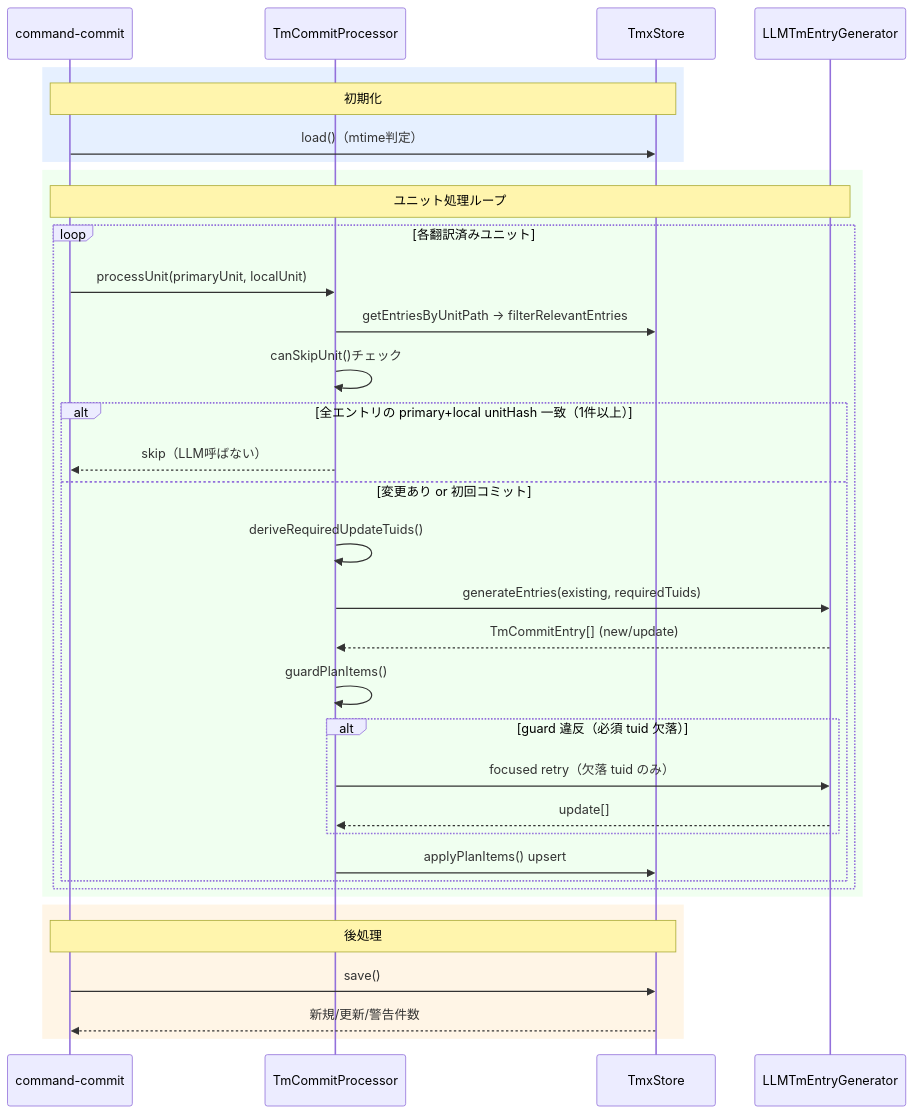
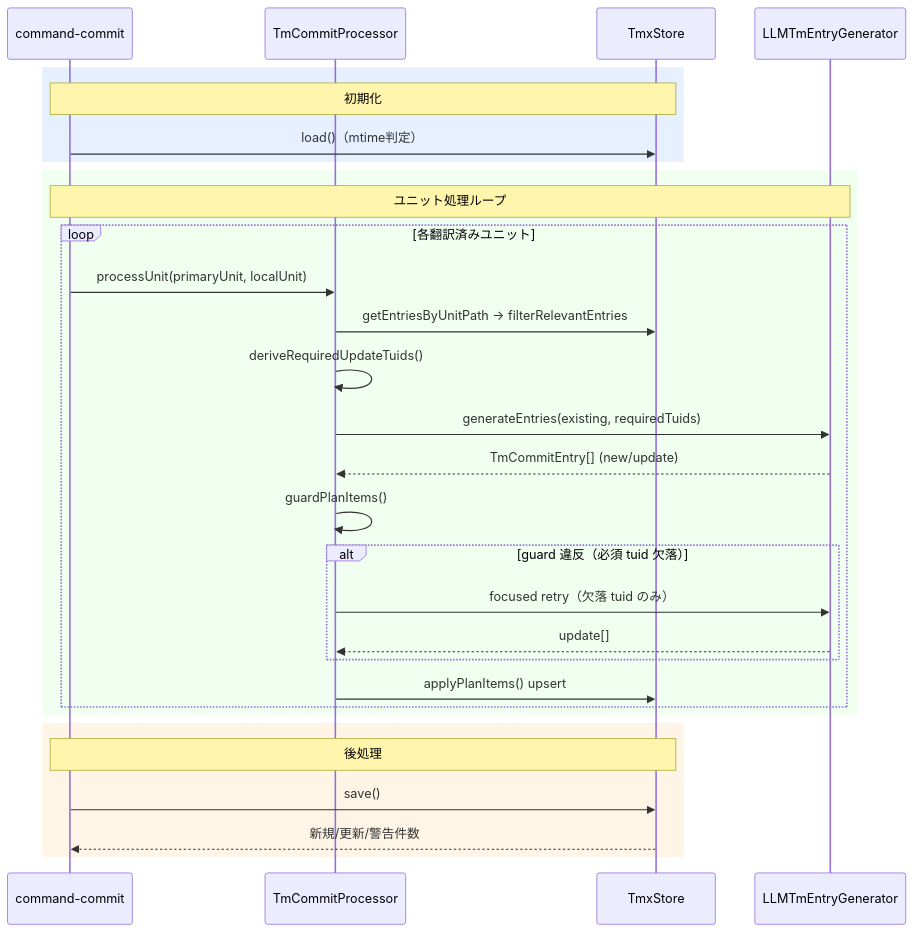
The diagram in docs/design/command_tm.md (mochimochiki/mdait), drawn with Mermaid before and after one commit. The commit also changed other lines of this file and 13 other files, not shown here.

````diff
--- a/docs/design/command_tm.md
+++ b/docs/design/command_tm.md
@@ -113,40 +111,35 @@
 ```mermaid
 sequenceDiagram
     participant Cmd as command-commit
     participant Proc as TmCommitProcessor
     participant Store as TmxStore
     participant Gen as LLMTmEntryGenerator
 
     rect rgb(230, 240, 255)
         Note over Cmd,Store: 初期化
         Cmd->>Store: load()（mtime判定）
     end
 
     rect rgb(240, 255, 240)
         Note over Cmd,Gen: ユニット処理ループ
         loop 各翻訳済みユニット
             Cmd->>Proc: processUnit(primaryUnit, localUnit)
             Proc->>Store: getEntriesByUnitPath → filterRelevantEntries
-            Proc->>Proc: canSkipUnit()チェック
-            alt 全エントリの primary+local unitHash 一致（1件以上）
-                Proc-->>Cmd: skip（LLM呼ばない）
-            else 変更あり or 初回コミット
-                Proc->>Proc: deriveRequiredUpdateTuids()
-                Proc->>Gen: generateEntries(existing, requiredTuids)
-                Gen-->>Proc: TmCommitEntry[] (new/update)
-                Proc->>Proc: guardPlanItems()
-                alt guard 違反（必須 tuid 欠落）
-                    Proc->>Gen: focused retry（欠落 tuid のみ）
-                    Gen-->>Proc: update[]
-                end
-                Proc->>Store: applyPlanItems() upsert
+            Proc->>Proc: deriveRequiredUpdateTuids()
+            Proc->>Gen: generateEntries(existing, requiredTuids)
+            Gen-->>Proc: TmCommitEntry[] (new/update)
+            Proc->>Proc: guardPlanItems()
+            alt guard 違反（必須 tuid 欠落）
+                Proc->>Gen: focused retry（欠落 tuid のみ）
+                Gen-->>Proc: update[]
             end
+            Proc->>Store: applyPlanItems() upsert
         end
     end
 
     rect rgb(255, 245, 230)
         Note over Cmd,Store: 後処理
         Cmd->>Store: save()
         Store-->>Cmd: 新規/更新/警告件数
     end
 ```
````
